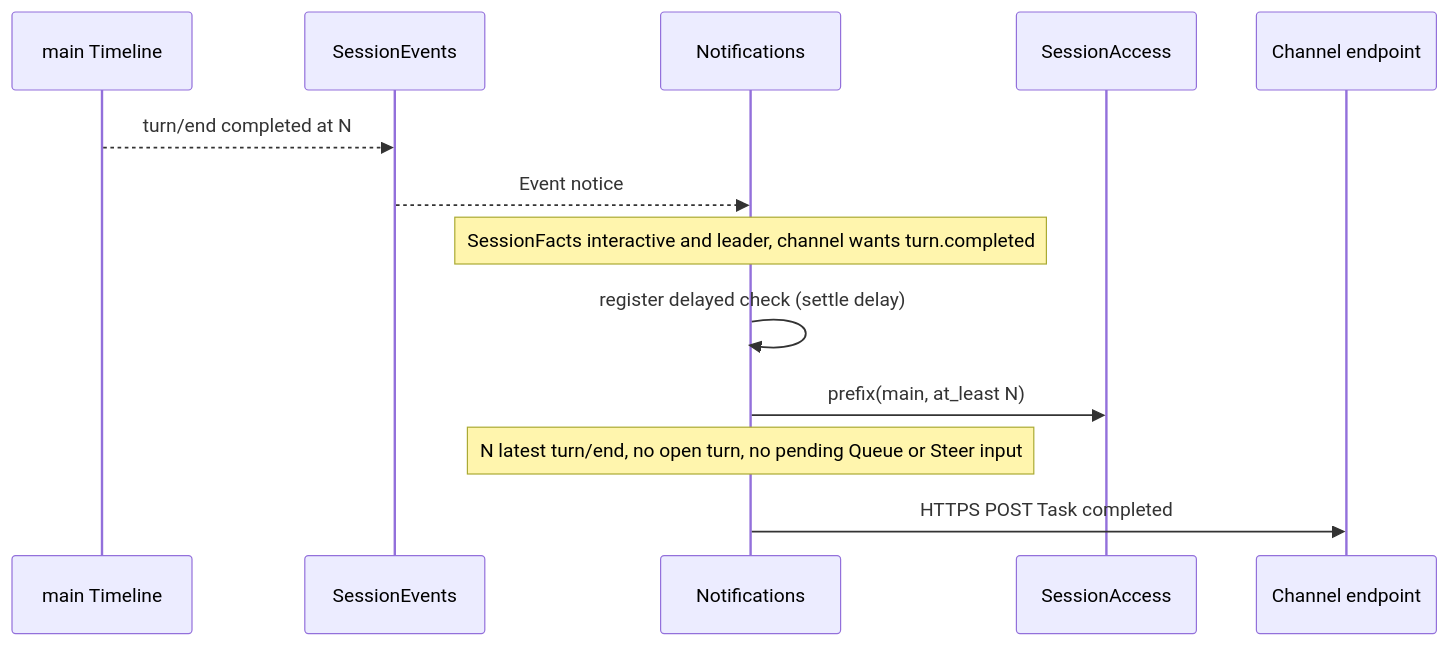
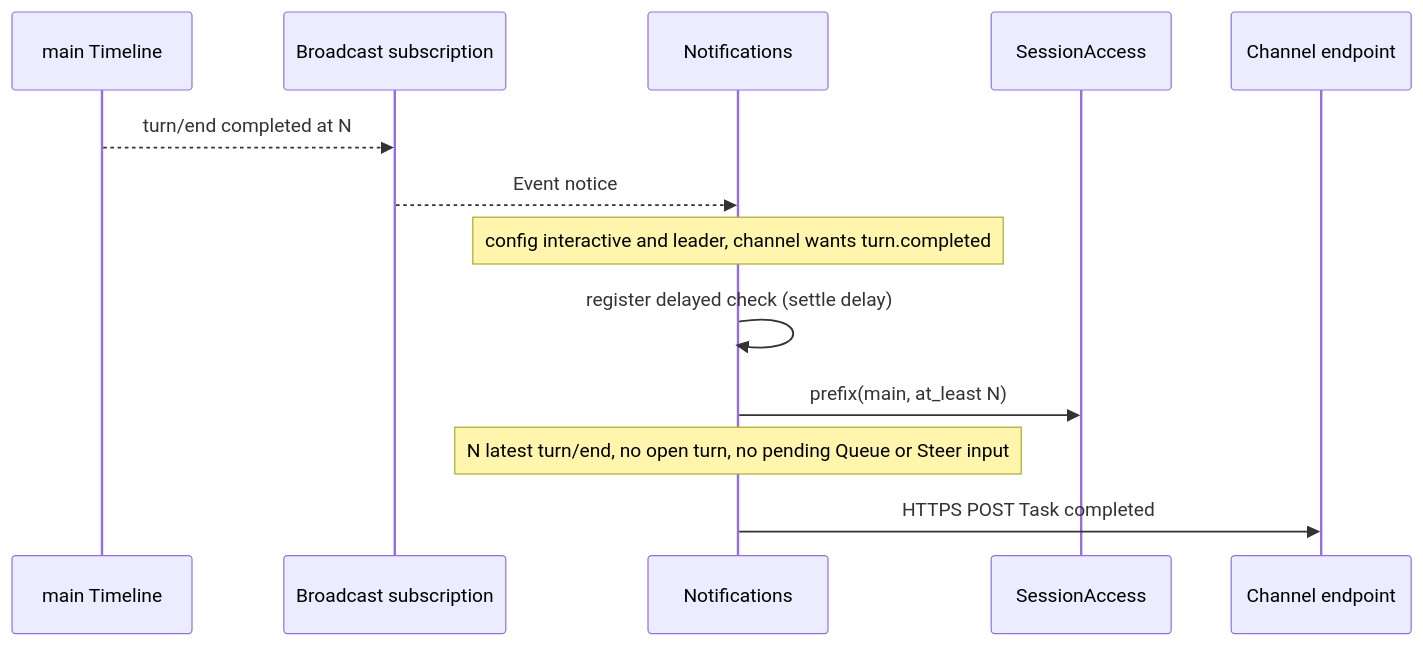
One commit to CoutinhoTTS/dim-agent changed the third of 6 diagrams in docs/design/plugins/Notifications.md. Above: the diagram before and after it, drawn with Mermaid. The commit also changed other lines of this file and 3 other files, not shown here.

````diff
--- a/docs/design/plugins/Notifications.md
+++ b/docs/design/plugins/Notifications.md
@@ -74,15 +78,15 @@
 ```mermaid
 sequenceDiagram
   participant TL as main Timeline
-  participant SE as SessionEvents
+  participant SE as Broadcast subscription
   participant NP as Notifications
   participant SA as SessionAccess
   participant CH as Channel endpoint
   TL-->>SE: turn/end completed at N
   SE-->>NP: Event notice
-  Note over NP: SessionFacts interactive and leader, channel wants turn.completed
+  Note over NP: config interactive and leader, channel wants turn.completed
   NP->>NP: register delayed check (settle delay)
   NP->>SA: prefix(main, at_least N)
   Note over NP: N latest turn/end, no open turn, no pending Queue or Steer input
   NP->>CH: HTTPS POST Task completed
 ```
````
